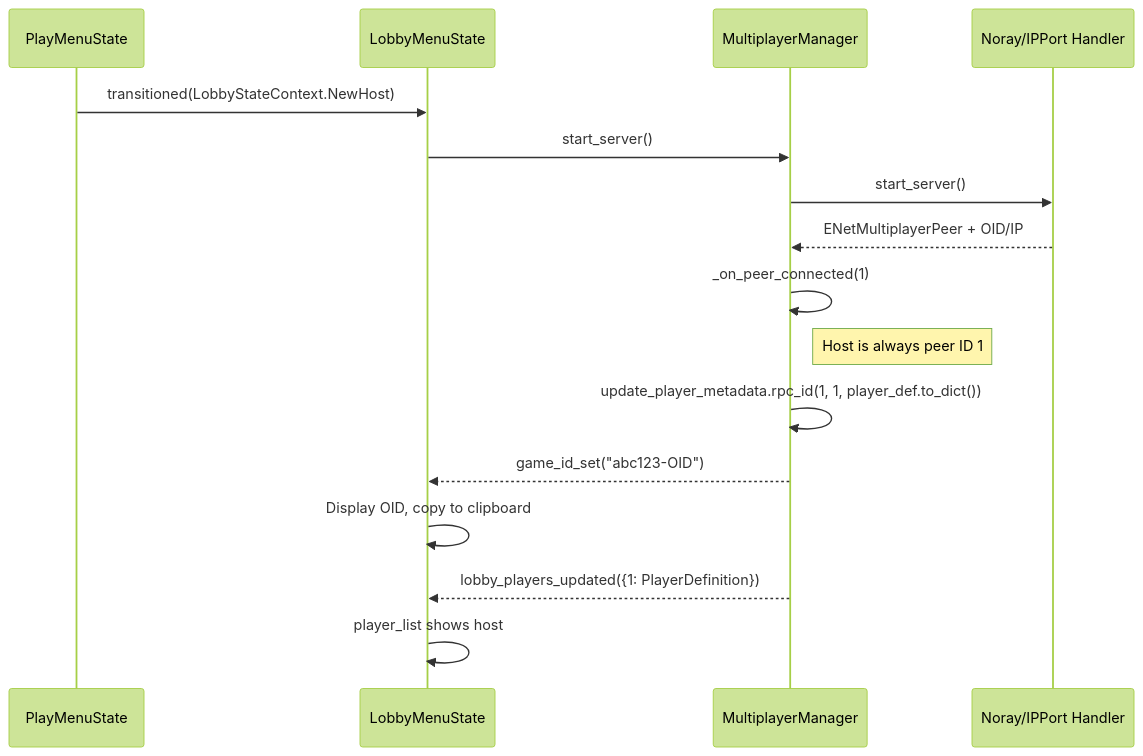
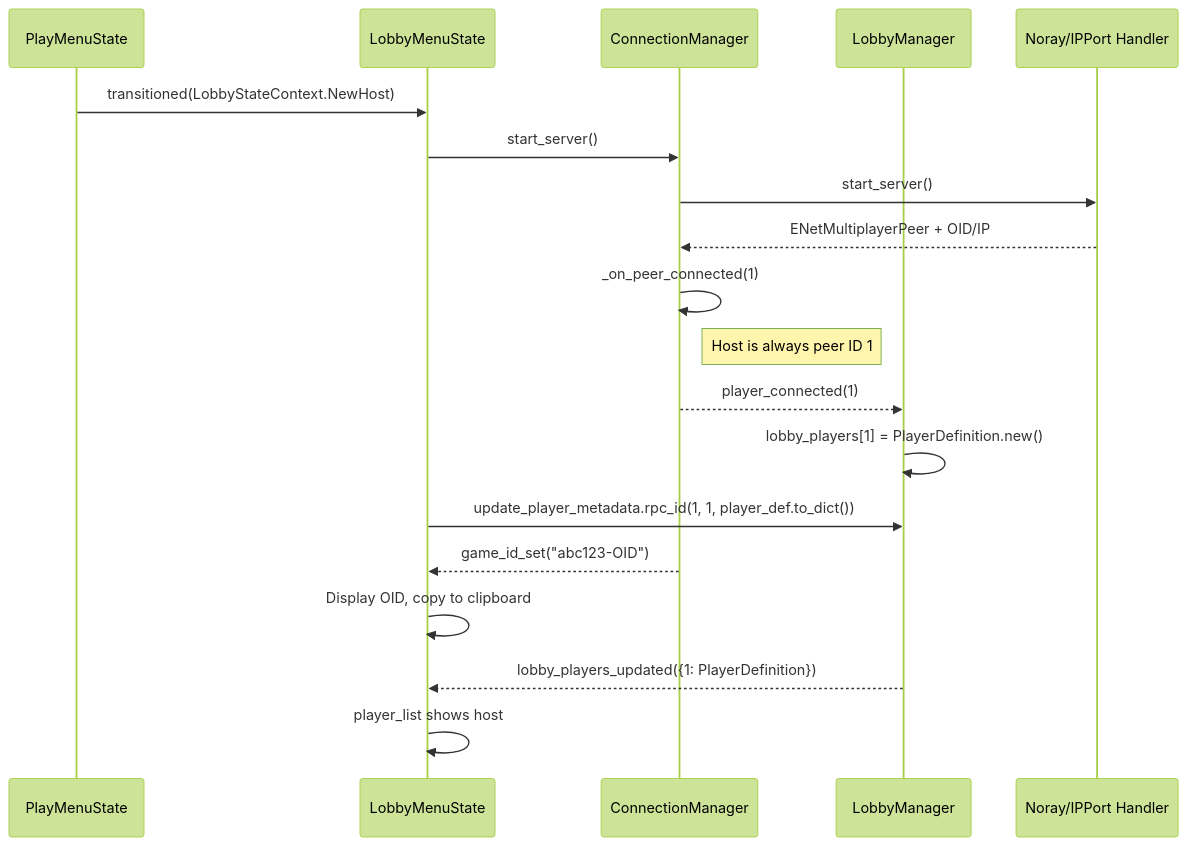
Before and after one commit to ssebs/DankNooner: the second of 13 diagrams in v2/planning_docs/LobbyGameFlowMP.md, drawn with Mermaid (forest theme). The commit also changed other lines of this file and 2 other files, not shown here.

````diff
--- a/v2/planning_docs/LobbyGameFlowMP.md
+++ b/v2/planning_docs/LobbyGameFlowMP.md
@@ -41,19 +41,22 @@
 ```mermaid
 sequenceDiagram
     participant Play as PlayMenuState
     participant Lobby as LobbyMenuState
-    participant MM as MultiplayerManager
+    participant CM as ConnectionManager
+    participant LM as LobbyManager
     participant Handler as Noray/IPPort Handler
 
     Play->>Lobby: transitioned(LobbyStateContext.NewHost)
-    Lobby->>MM: start_server()
-    MM->>Handler: start_server()
-    Handler-->>MM: ENetMultiplayerPeer + OID/IP
-    MM->>MM: _on_peer_connected(1)
-    Note right of MM: Host is always peer ID 1
-    MM->>MM: update_player_metadata.rpc_id(1, 1, player_def.to_dict())
-    MM-->>Lobby: game_id_set("abc123-OID")
+    Lobby->>CM: start_server()
+    CM->>Handler: start_server()
+    Handler-->>CM: ENetMultiplayerPeer + OID/IP
+    CM->>CM: _on_peer_connected(1)
+    Note right of CM: Host is always peer ID 1
+    CM-->>LM: player_connected(1)
+    LM->>LM: lobby_players[1] = PlayerDefinition.new()
+    Lobby->>LM: update_player_metadata.rpc_id(1, 1, player_def.to_dict())
+    CM-->>Lobby: game_id_set("abc123-OID")
     Lobby->>Lobby: Display OID, copy to clipboard
-    MM-->>Lobby: lobby_players_updated({1: PlayerDefinition})
+    LM-->>Lobby: lobby_players_updated({1: PlayerDefinition})
     Lobby->>Lobby: player_list shows host
 ```
````
